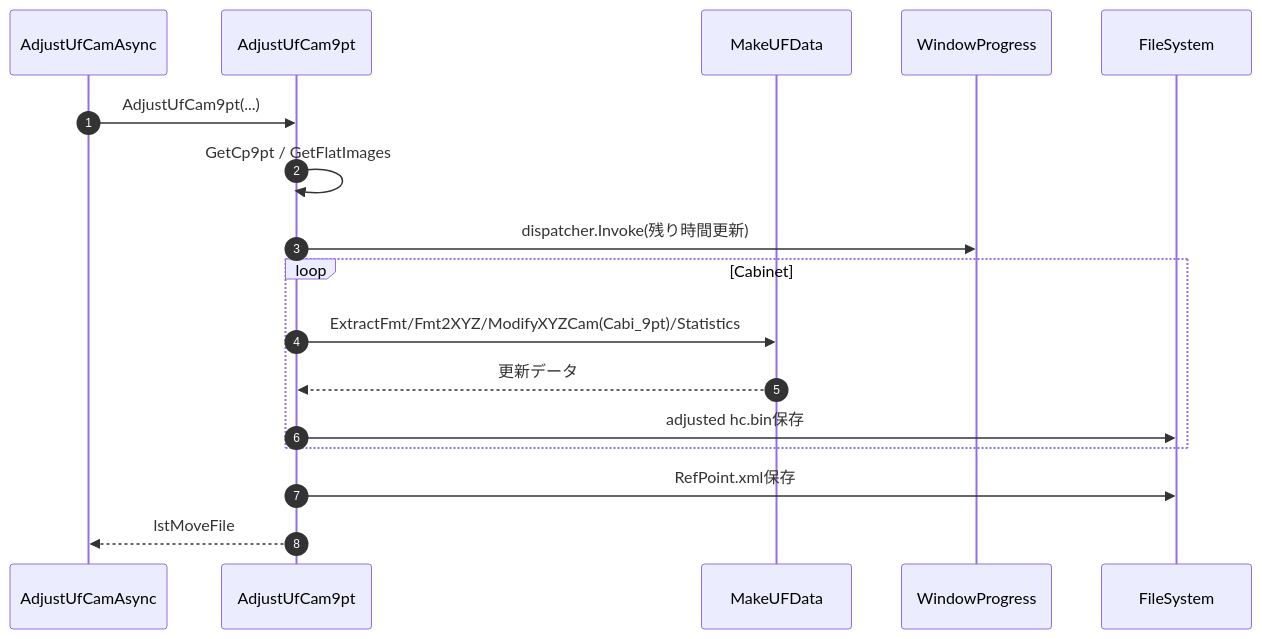
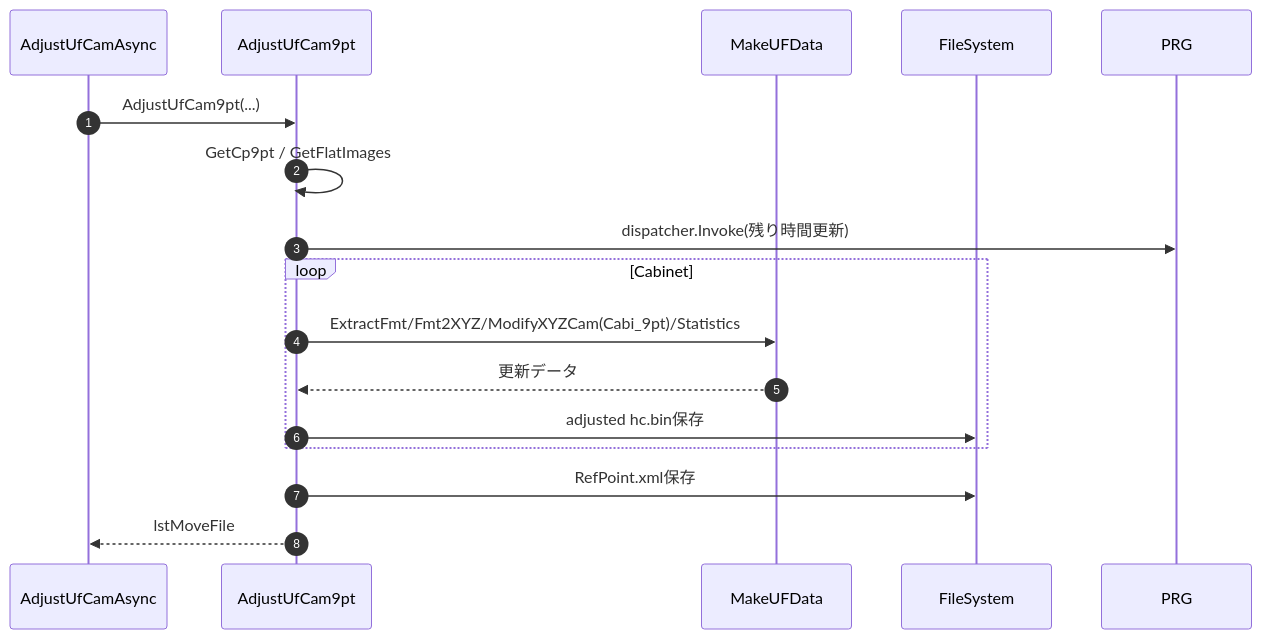
The second of 14 diagrams in docs/UfCamera_詳細設計書/08_メソッド仕様/08-4_補助計算_補正演算メソッド.md (HottaTakayuki/ColorAlignmentSoftware), drawn with Mermaid before and after one commit. The commit also changed other lines of this file and 30 other files, not shown here.

````diff
--- a/docs/UfCamera_詳細設計書/08_メソッド仕様/08-4_補助計算_補正演算メソッド.md
+++ b/docs/UfCamera_詳細設計書/08_メソッド仕様/08-4_補助計算_補正演算メソッド.md
@@ -341,20 +281,19 @@
 ```mermaid
 sequenceDiagram
     autonumber
     participant ADJ as AdjustUfCamAsync
     participant N9 as AdjustUfCam9pt
     participant MK as MakeUFData
-    participant PRG as WindowProgress
     participant FS as FileSystem
 
     ADJ->>N9: AdjustUfCam9pt(...)
     N9->>N9: GetCp9pt / GetFlatImages
     N9->>PRG: dispatcher.Invoke(残り時間更新)
     loop Cabinet
         N9->>MK: ExtractFmt/Fmt2XYZ/ModifyXYZCam(Cabi_9pt)/Statistics
         MK-->>N9: 更新データ
         N9->>FS: adjusted hc.bin保存
     end
     N9->>FS: RefPoint.xml保存
     N9-->>ADJ: lstMoveFile
 ```
````
